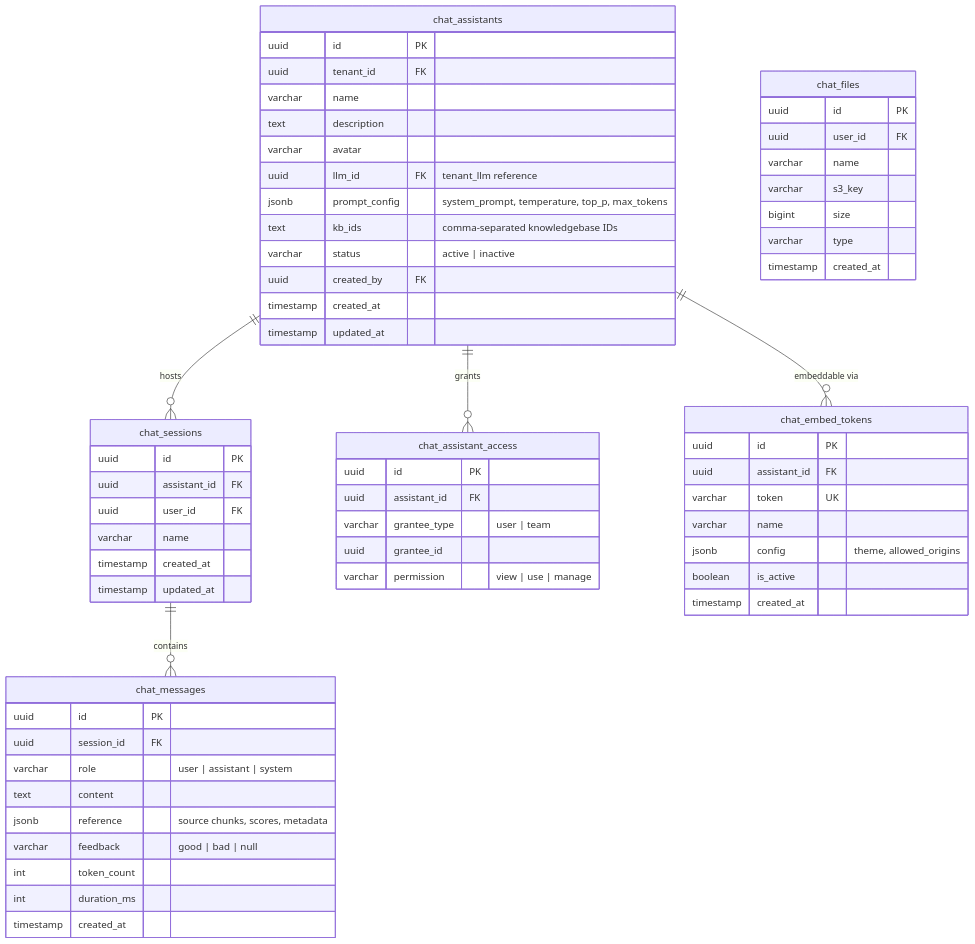
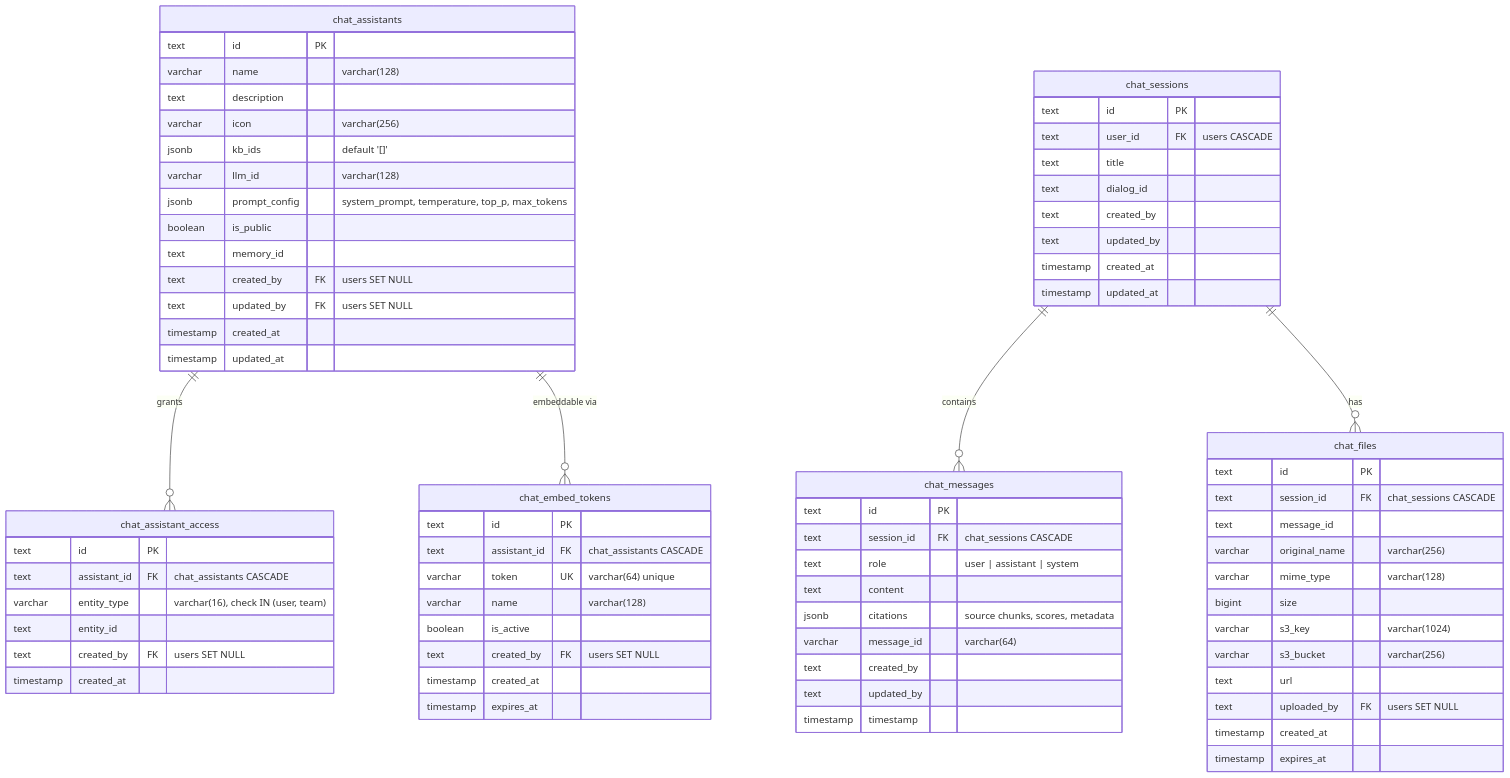
Before and after one commit to b-knowledge-solution/b-knowledge: the first of 4 diagrams in docs/basic-design/database/database-design-chat-search.md, drawn with Mermaid. The commit also changed other lines of this file and 5 other files, not shown here.

First line of the commit message:
docs: update all 6 database design docs to match actual migration schema

````diff
--- a/docs/basic-design/database/database-design-chat-search.md
+++ b/docs/basic-design/database/database-design-chat-search.md
@@ -5,71 +5,81 @@
 ```mermaid
 erDiagram
     chat_assistants {
-        uuid id PK
-        uuid tenant_id FK
-        varchar name
+        text id PK
+        varchar name "varchar(128)"
         text description
-        varchar avatar
-        uuid llm_id FK "tenant_llm reference"
+        varchar icon "varchar(256)"
+        jsonb kb_ids "default '[]'"
+        varchar llm_id "varchar(128)"
         jsonb prompt_config "system_prompt, temperature, top_p, max_tokens"
-        text kb_ids "comma-separated knowledgebase IDs"
-        varchar status "active | inactive"
-        uuid created_by FK
+        boolean is_public
+        text memory_id
+        text created_by FK "users SET NULL"
+        text updated_by FK "users SET NULL"
         timestamp created_at
         timestamp updated_at
     }
 
     chat_sessions {
-        uuid id PK
-        uuid assistant_id FK
-        uuid user_id FK
-        varchar name
+        text id PK
+        text user_id FK "users CASCADE"
+        text title
+        text dialog_id
+        text created_by
+        text updated_by
         timestamp created_at
         timestamp updated_at
     }
 
     chat_messages {
-        uuid id PK
-        uuid session_id FK
-        varchar role "user | assistant | system"
+        text id PK
+        text session_id FK "chat_sessions CASCADE"
+        text role "user | assistant | system"
         text content
-        jsonb reference "source chunks, scores, metadata"
-        varchar feedback "good | bad | null"
-        int token_count
-        int duration_ms
+        jsonb citations "source chunks, scores, metadata"
+        varchar message_id "varchar(64)"
+        text created_by
+        text updated_by
+        timestamp timestamp
+    }
+
+    chat_files {
+        text id PK
+        text session_id FK "chat_sessions CASCADE"
+        text message_id
+        varchar original_name "varchar(256)"
+        varchar mime_type "varchar(128)"
+        bigint size
+        varchar s3_key "varchar(1024)"
+        varchar s3_bucket "varchar(256)"
+        text url
+        text uploaded_by FK "users SET NULL"
+        timestamp created_at
+        timestamp expires_at
+    }
+
+    chat_assistant_access {
+        text id PK
+        text assistant_id FK "chat_assistants CASCADE"
+        varchar entity_type "varchar(16), check IN (user, team)"
+        text entity_id
+        text created_by FK "users SET NULL"
         timestamp created_at
     }
 
-    chat_files {
-        uuid id PK
-        uuid user_id FK
-        varchar name
-        varchar s3_key
-        bigint size
-        varchar type
+    chat_embed_tokens {
+        text id PK
+        text assistant_id FK "chat_assistants CASCADE"
+        varchar token UK "varchar(64) unique"
+        varchar name "varchar(128)"
+        boolean is_active
+        text created_by FK "users SET NULL"
         timestamp created_at
+        timestamp expires_at
     }
 
-    chat_assistant_access {
-        uuid id PK
-        uuid assistant_id FK
-        varchar grantee_type "user | team"
-        uuid grantee_id
-        varchar permission "view | use | manage"
-    }
-
-    chat_embed_tokens {
-        uuid id PK
-        uuid assistant_id FK
-        varchar token UK
-        varchar name
-        jsonb config "theme, allowed_origins"
-        boolean is_active
-        timestamp created_at
-    }
-
-    chat_assistants ||--o{ chat_sessions : "hosts"
     chat_sessions ||--o{ chat_messages : "contains"
+    chat_sessions ||--o{ chat_files : "has"
     chat_assistants ||--o{ chat_assistant_access : "grants"
     chat_assistants ||--o{ chat_embed_tokens : "embeddable via"
 ```
````
